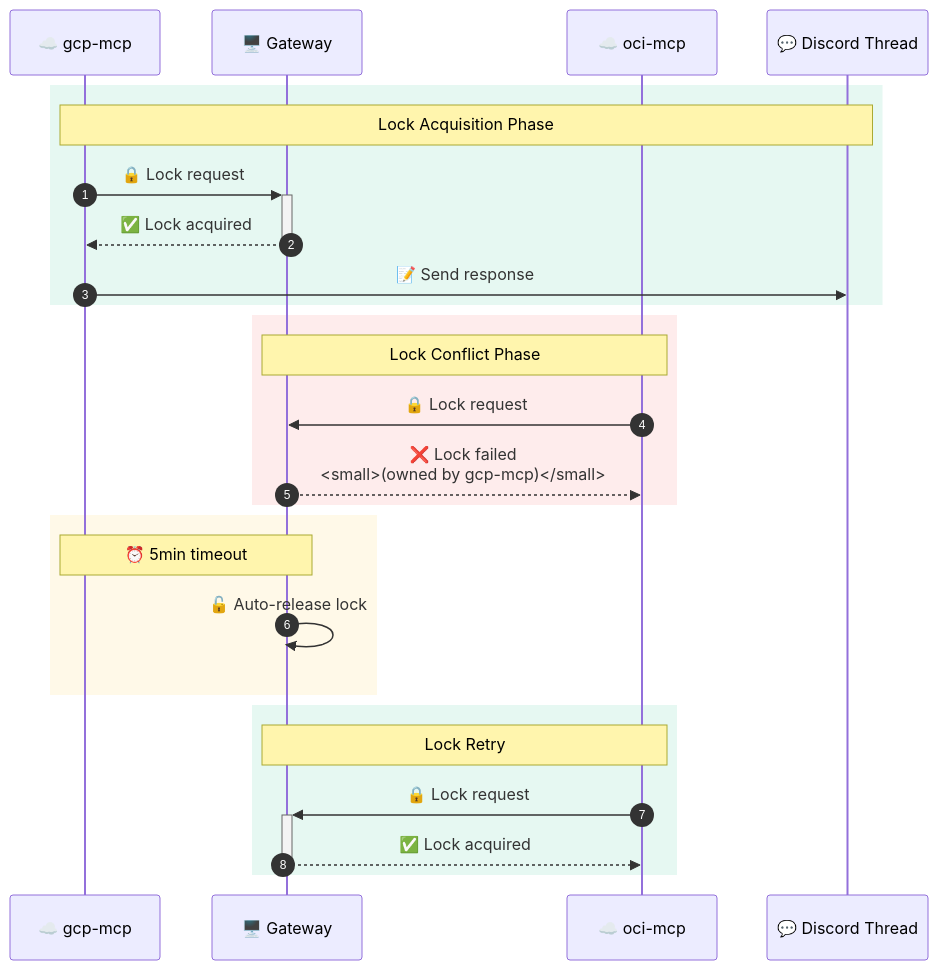
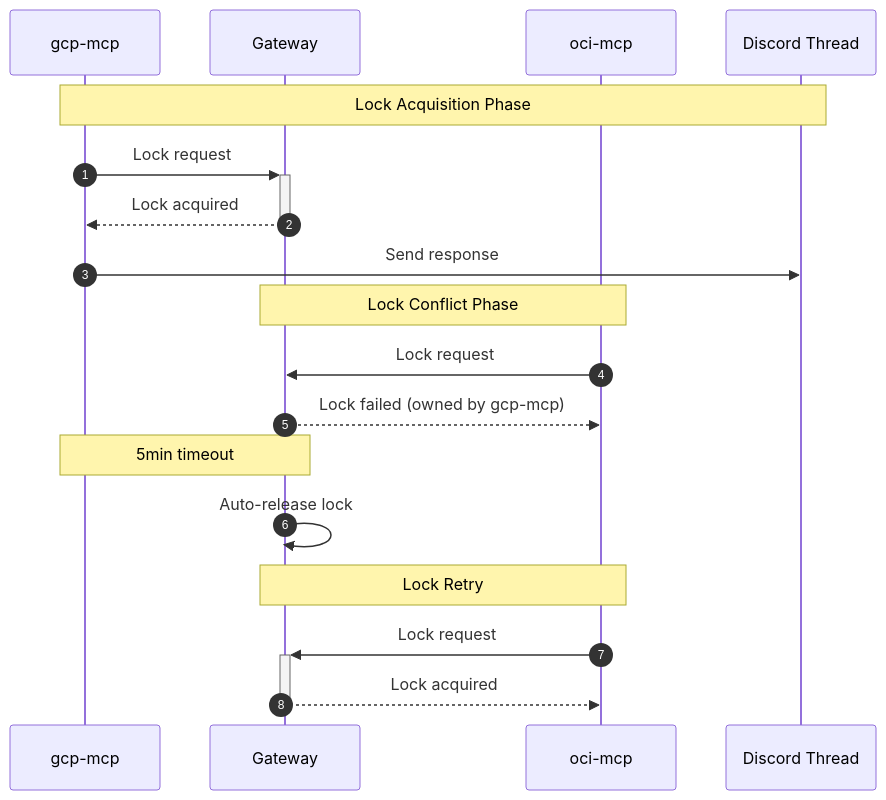
The fifth of 8 diagrams in content/en/post/2026-03-01-013-discord-gateway-mcp-architecture-design.md (yarang/blogs), drawn with Mermaid before and after one commit. The commit also changed other lines of this file and 1 other file, not shown here.

First line of the commit message:
Fix Mermaid parsing errors for web rendering

````diff
--- a/content/en/post/2026-03-01-013-discord-gateway-mcp-architecture-design.md
+++ b/content/en/post/2026-03-01-013-discord-gateway-mcp-architecture-design.md
@@ -266,32 +258,24 @@
 ```mermaid
 sequenceDiagram
     autonumber
-    participant MCP1 as ☁️ gcp-mcp
-    participant Gateway as 🖥️ Gateway
-    participant MCP2 as ☁️ oci-mcp
-    participant Discord as 💬 Discord Thread
+    participant MCP1 as gcp-mcp
+    participant Gateway as Gateway
+    participant MCP2 as oci-mcp
+    participant Discord as Discord Thread
 
-    rect rgb(16, 185, 129, 0.1)
-        Note over MCP1,Discord: Lock Acquisition Phase
-        MCP1->>+Gateway: 🔒 Lock request
-        Gateway-->>-MCP1: ✅ Lock acquired
-        MCP1->>Discord: 📝 Send response
-    end
+    Note over MCP1,Discord: Lock Acquisition Phase
+    MCP1->>+Gateway: Lock request
+    Gateway-->>-MCP1: Lock acquired
+    MCP1->>Discord: Send response
 
-    rect rgb(239, 68, 68, 0.1)
-        Note over MCP2,Gateway: Lock Conflict Phase
-        MCP2->>Gateway: 🔒 Lock request
-        Gateway-->>MCP2: ❌ Lock failed<br/><small>(owned by gcp-mcp)</small>
-    end
+    Note over MCP2,Gateway: Lock Conflict Phase
+    MCP2->>Gateway: Lock request
+    Gateway-->>MCP2: Lock failed (owned by gcp-mcp)
 
-    rect rgb(251, 191, 36, 0.1)
-        Note over MCP1,Gateway: ⏰ 5min timeout
-        Gateway->>Gateway: 🔓 Auto-release lock
-    end
+    Note over MCP1,Gateway: 5min timeout
+    Gateway->>Gateway: Auto-release lock
 
-    rect rgb(16, 185, 129, 0.1)
-        Note over MCP2,Gateway: Lock Retry
-        MCP2->>+Gateway: 🔒 Lock request
-        Gateway-->>-MCP2: ✅ Lock acquired
-    end
+    Note over MCP2,Gateway: Lock Retry
+    MCP2->>+Gateway: Lock request
+    Gateway-->>-MCP2: Lock acquired
 ```
````
